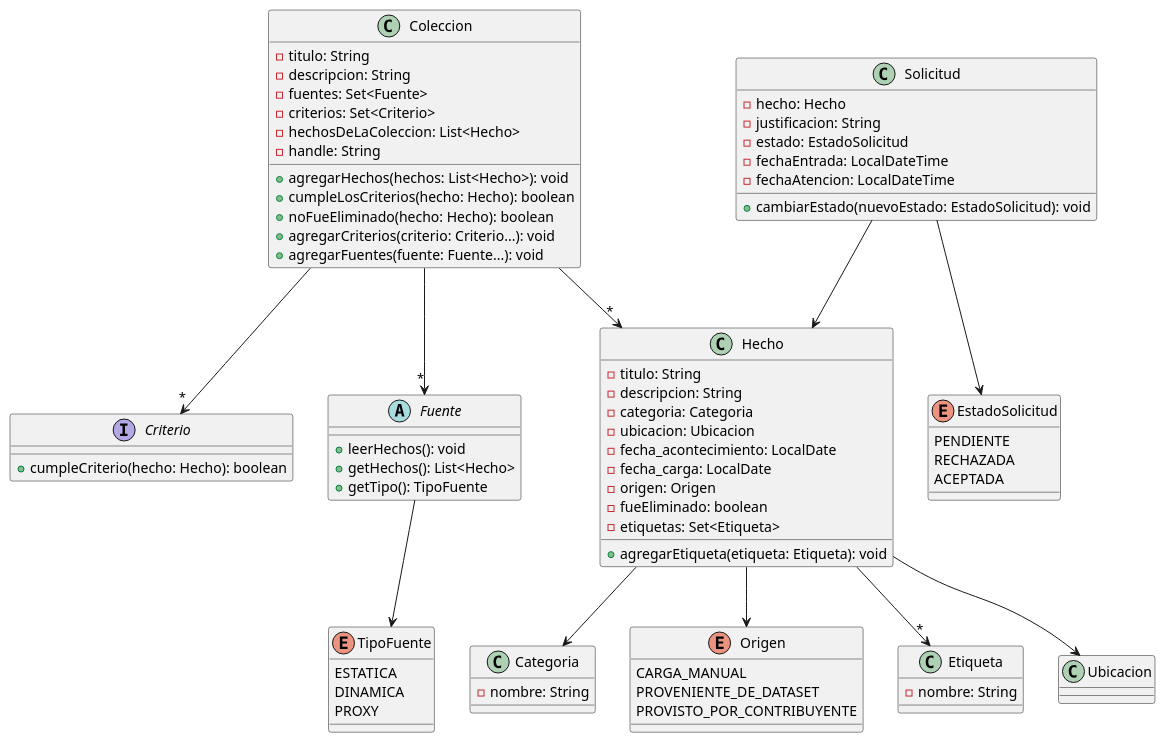
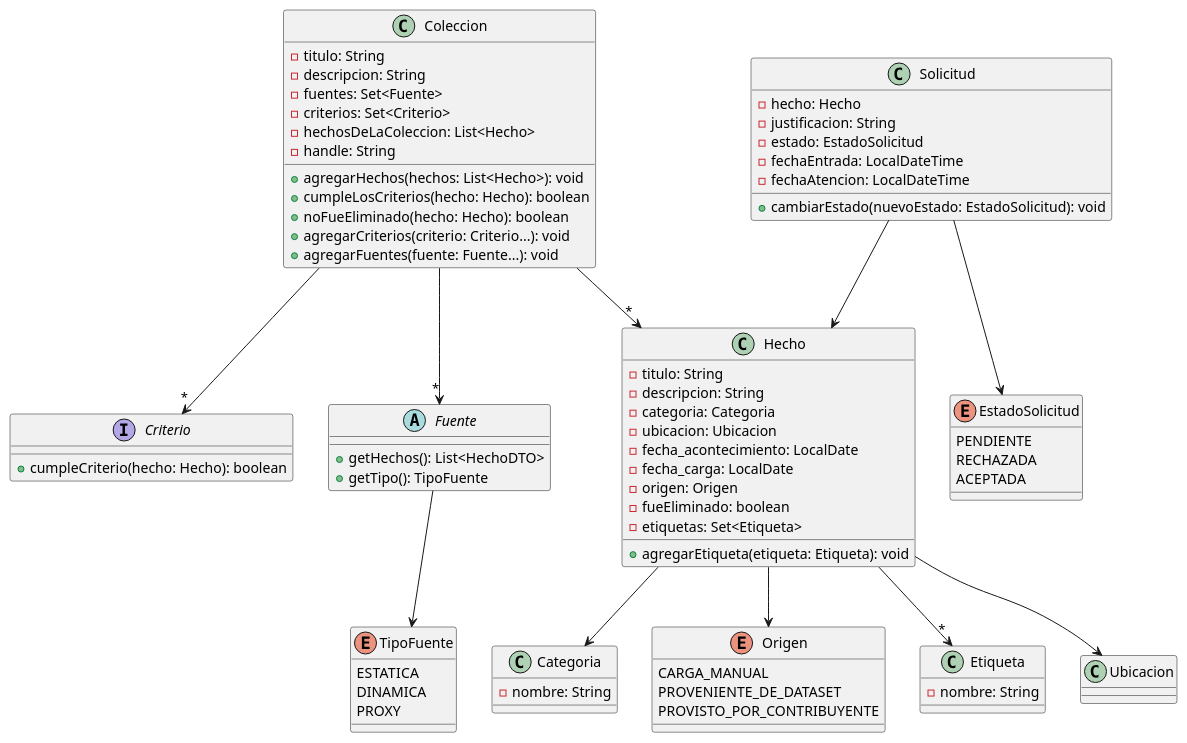
One commit to MarianelaBen/MetaMapa-Collaborative-System changed the diagram in agregador/src/Diagrama de clases.puml. Above: the diagram before and after it, drawn with PlantUML. The commit also changed 6 other files, not shown here.

Commit message:
agrego HechoDTO y cambio que mi getHechos devuelva HechoDTO no Hecho

```diff
--- a/agregador/src/Diagrama de clases.puml
+++ b/agregador/src/Diagrama de clases.puml
@@ -1,94 +1,93 @@
 @startuml
 
 interface Criterio {
     +cumpleCriterio(hecho: Hecho): boolean
 }
 
 abstract class Fuente {
-    +leerHechos(): void
-    +getHechos(): List<Hecho>
+    +getHechos(): List<HechoDTO>
     +getTipo(): TipoFuente
 }
 
 class Coleccion {
     -titulo: String
     -descripcion: String
     -fuentes: Set<Fuente>
     -criterios: Set<Criterio>
     -hechosDeLaColeccion: List<Hecho>
     -handle: String
     +agregarHechos(hechos: List<Hecho>): void
     +cumpleLosCriterios(hecho: Hecho): boolean
     +noFueEliminado(hecho: Hecho): boolean
     +agregarCriterios(criterio: Criterio...): void
     +agregarFuentes(fuente: Fuente...): void
 }
 
 class Hecho {
     -titulo: String
     -descripcion: String
     -categoria: Categoria
     -ubicacion: Ubicacion
     -fecha_acontecimiento: LocalDate
     -fecha_carga: LocalDate
     -origen: Origen
     -fueEliminado: boolean
     -etiquetas: Set<Etiqueta>
 
     +agregarEtiqueta(etiqueta: Etiqueta): void
 }
 
 class Categoria {
     -nombre: String
 }
 
 enum Origen {
     CARGA_MANUAL
     PROVENIENTE_DE_DATASET
     PROVISTO_POR_CONTRIBUYENTE
 }
 
 class Etiqueta {
     -nombre: String
 
 }
 
 class Solicitud {
     -hecho: Hecho
     -justificacion: String
     -estado: EstadoSolicitud
     -fechaEntrada: LocalDateTime
     -fechaAtencion: LocalDateTime
 
     +cambiarEstado(nuevoEstado: EstadoSolicitud): void
 }
 
 
 enum EstadoSolicitud {
     PENDIENTE
     RECHAZADA
     ACEPTADA
 }
 
 enum TipoFuente {
     ESTATICA
     DINAMICA
     PROXY
 }
 
 
 
 Coleccion --> "*" Criterio
 Coleccion --> "*" Hecho
 Coleccion --> "*" Fuente
 Hecho --> Origen
 Hecho --> "*" Etiqueta
 Solicitud --> Hecho
 Solicitud --> EstadoSolicitud
 Hecho --> Ubicacion
 Hecho --> Categoria
 Fuente --> TipoFuente
 
 
 
 @enduml
```
